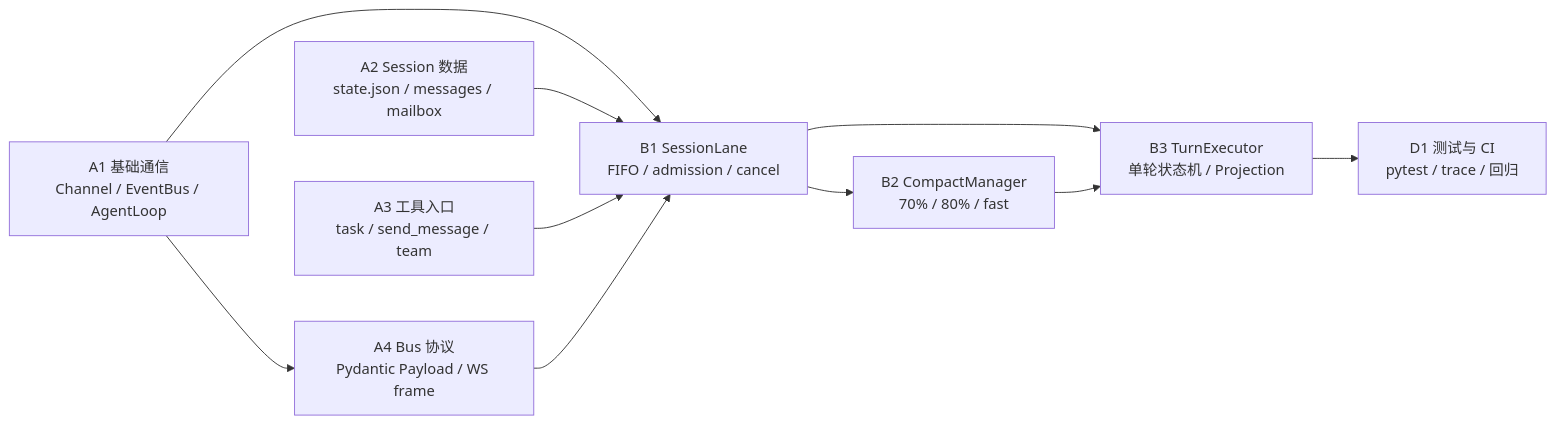
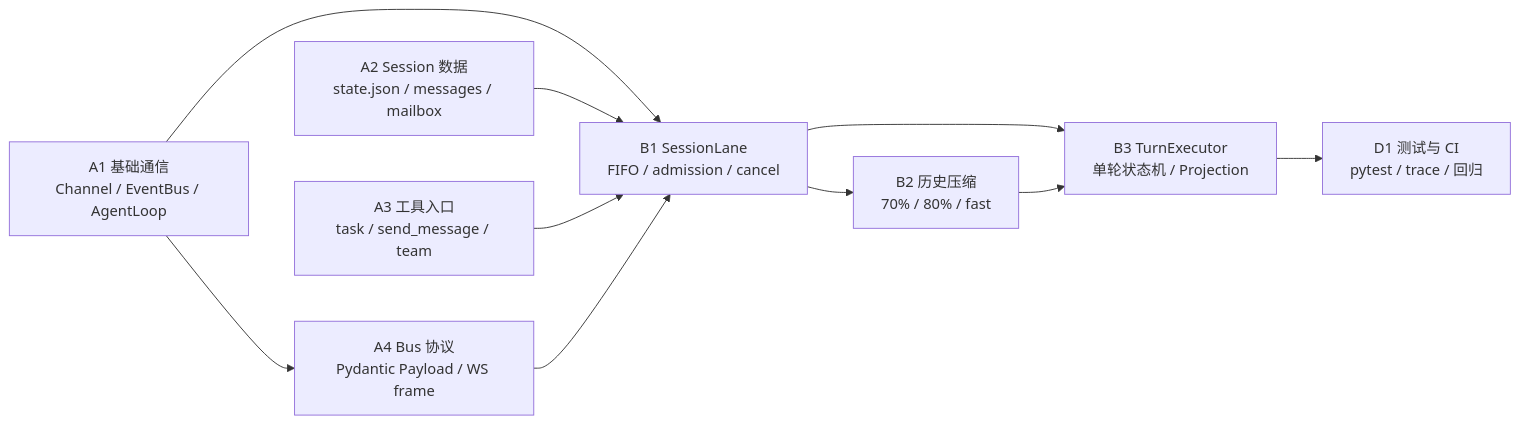
Before and after one commit to quanming1/ftre: the first of 2 diagrams in docs/prd/README.md, drawn with Mermaid. The commit also changed other lines of this file and 73 other files, not shown here.

````diff
--- a/docs/prd/README.md
+++ b/docs/prd/README.md
@@ -11,20 +11,20 @@
 ```mermaid
 flowchart LR
     A1["A1 基础通信<br/>Channel / EventBus / AgentLoop"]
     A2["A2 Session 数据<br/>state.json / messages / mailbox"]
     A3["A3 工具入口<br/>task / send_message / team"]
     A4["A4 Bus 协议<br/>Pydantic Payload / WS frame"]
     B1["B1 SessionLane<br/>FIFO / admission / cancel"]
-    B2["B2 CompactManager<br/>70% / 80% / fast"]
+    B2["B2 历史压缩<br/>70% / 80% / fast"]
     B3["B3 TurnExecutor<br/>单轮状态机 / Projection"]
     D1["D1 测试与 CI<br/>pytest / trace / 回归"]
     A1 --> A4
     A1 --> B1
     A2 --> B1
     A3 --> B1
     A4 --> B1
     B1 --> B2
     B1 --> B3
     B2 --> B3
     B3 --> D1
 ```
````
